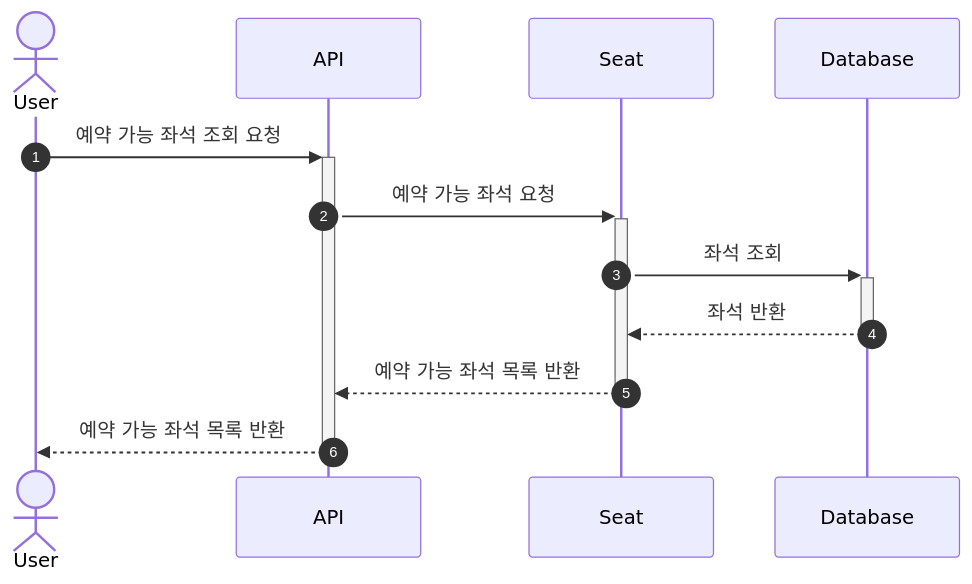
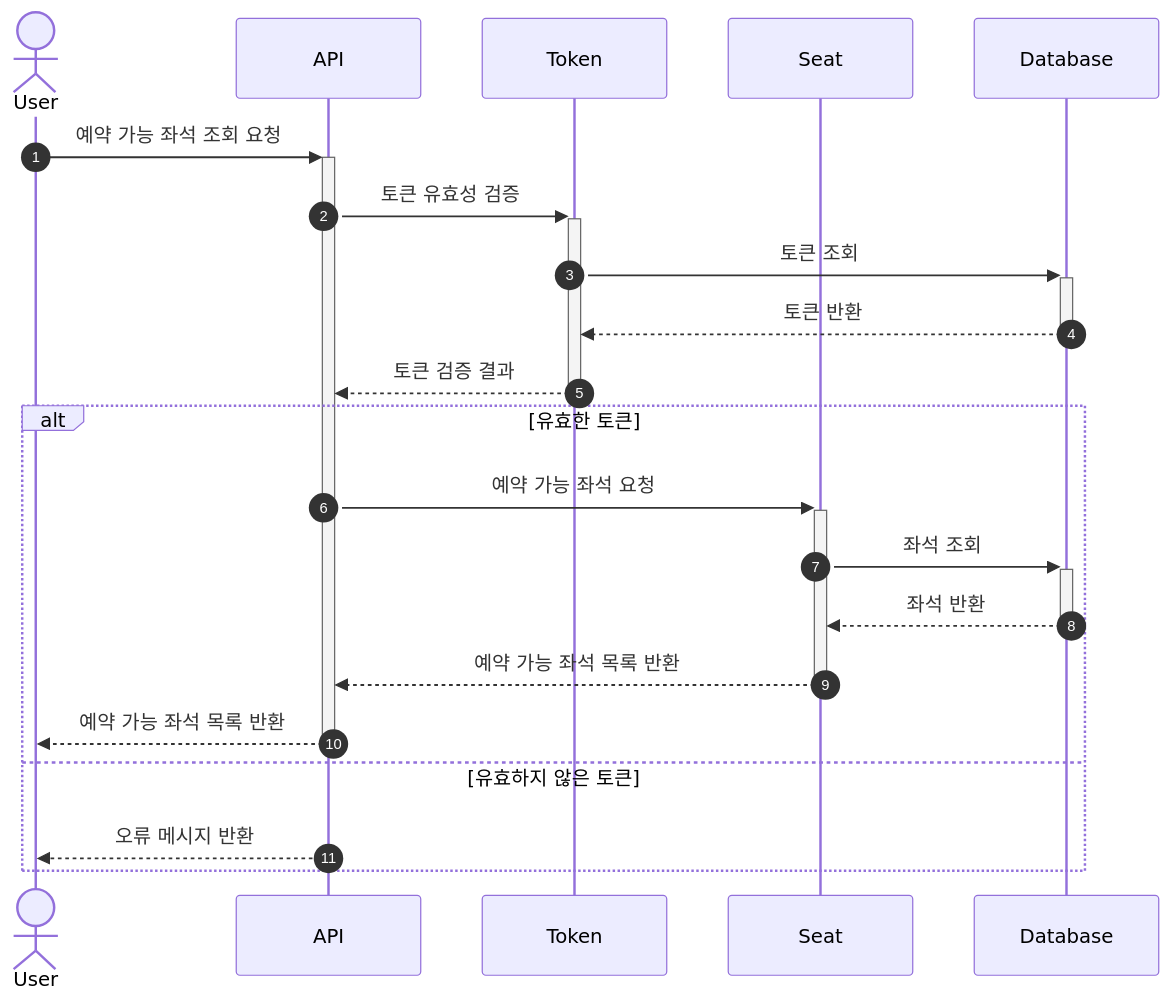
The third of 7 diagrams in docs/02_Sequence.md (Goryeojin/hhplus-concert), drawn with Mermaid before and after one commit. The commit also changed other lines of this file, not shown here.

Commit message:
docs: 시퀀스 다이어그램 토큰 검증 추가

````diff
--- a/docs/02_Sequence.md
+++ b/docs/02_Sequence.md
@@ -44,16 +53,25 @@
 ``` mermaid
 sequenceDiagram
 	autonumber
 	
 	actor User
 	participant API
+	participant Token
 	participant Seat
 	participant Database
 	
 	User ->> +API: 예약 가능 좌석 조회 요청
+	API ->> +Token: 토큰 유효성 검증
+	Token ->> +Database: 토큰 조회
+	Database -->> -Token: 토큰 반환
+	Token -->> -API: 토큰 검증 결과
+	alt 유효한 토큰
 	API ->> +Seat: 예약 가능 좌석 요청
 	Seat ->> +Database: 좌석 조회
 	Database -->> -Seat: 좌석 반환
 	Seat -->> -API: 예약 가능 좌석 목록 반환
 	API -->> -User: 예약 가능 좌석 목록 반환
+	else 유효하지 않은 토큰
+	API -->> User: 오류 메시지 반환
+	end
 ```
````
